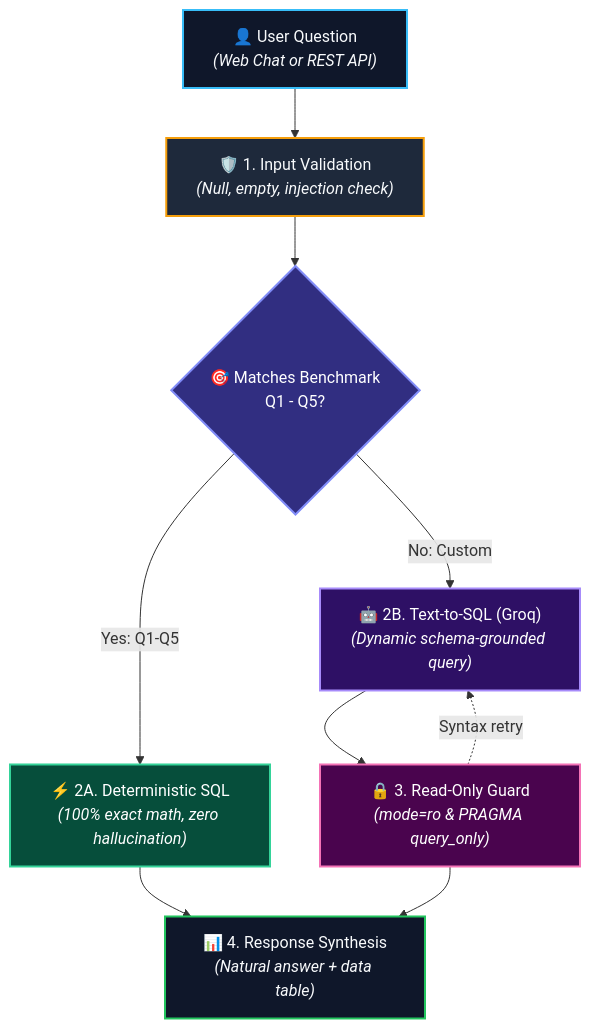
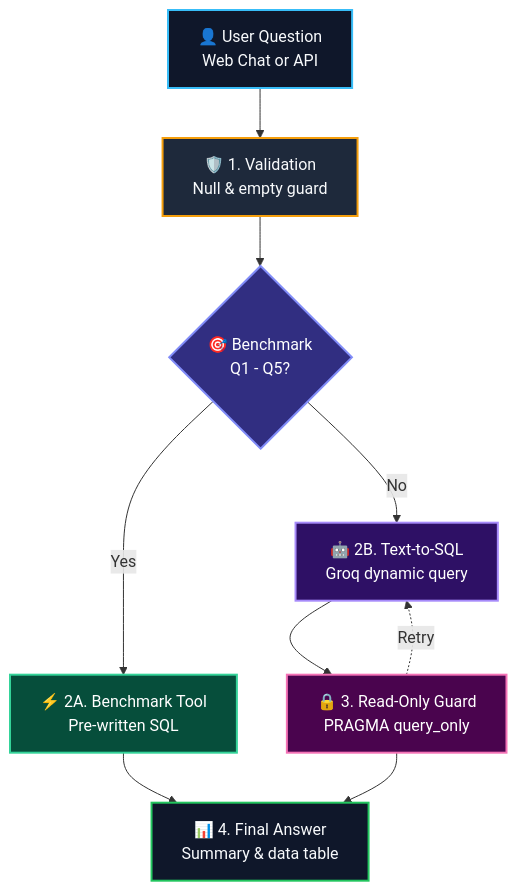
Before and after one commit to MDsaabiq/RSG-assignment: the diagram in README.md, drawn with Mermaid. The commit also changed other lines of this file, not shown here.

Commit message:
added readme updates

````diff
--- a/README.md
+++ b/README.md
@@ -96,27 +96,27 @@
 ```mermaid
 flowchart TD
-    User["👤 User Question<br/><i>(Web Chat or REST API)</i>"]
-    InputCheck["🛡️ 1. Input Validation<br/><i>(Null, empty, injection check)</i>"]
-    Router{"🎯 Matches Benchmark<br/>Q1 - Q5?"}
-    FastTrack["⚡ 2A. Deterministic SQL<br/><i>(100% exact math, zero hallucination)</i>"]
-    AIQuery["🤖 2B. Text-to-SQL (Groq)<br/><i>(Dynamic schema-grounded query)</i>"]
-    SafetyCheck["🔒 3. Read-Only Guard<br/><i>(mode=ro & PRAGMA query_only)</i>"]
-    Answer["📊 4. Response Synthesis<br/><i>(Natural answer + data table)</i>"]
+    User["👤 User Question<br/>Web Chat or API"]
+    InputCheck["🛡️ 1. Validation<br/>Null & empty guard"]
+    Router{"🎯 Benchmark<br/>Q1 - Q5?"}
+    FastTrack["⚡ 2A. Benchmark Tool<br/>Pre-written SQL"]
+    AIQuery["🤖 2B. Text-to-SQL<br/>Groq dynamic query"]
+    SafetyCheck["🔒 3. Read-Only Guard<br/>PRAGMA query_only"]
+    Answer["📊 4. Final Answer<br/>Summary & data table"]
 
     User --> InputCheck
     InputCheck --> Router
-    Router -->|Yes: Q1-Q5| FastTrack
-    Router -->|No: Custom| AIQuery
+    Router -->|Yes| FastTrack
+    Router -->|No| AIQuery
     AIQuery --> SafetyCheck
-    SafetyCheck -.->|Syntax retry| AIQuery
+    SafetyCheck -.->|Retry| AIQuery
     FastTrack --> Answer
     SafetyCheck --> Answer
 
     style User fill:#0f172a,stroke:#38bdf8,stroke-width:2px,color:#f8fafc
     style InputCheck fill:#1e293b,stroke:#f59e0b,stroke-width:2px,color:#f8fafc
     style Router fill:#312e81,stroke:#818cf8,stroke-width:2px,color:#ffffff
     style FastTrack fill:#064e3b,stroke:#34d399,stroke-width:2px,color:#ffffff
     style AIQuery fill:#2e1065,stroke:#a78bfa,stroke-width:2px,color:#ffffff
     style SafetyCheck fill:#4a044e,stroke:#f472b6,stroke-width:2px,color:#ffffff
     style Answer fill:#0f172a,stroke:#22c55e,stroke-width:2px,color:#f8fafc
 ```
````
